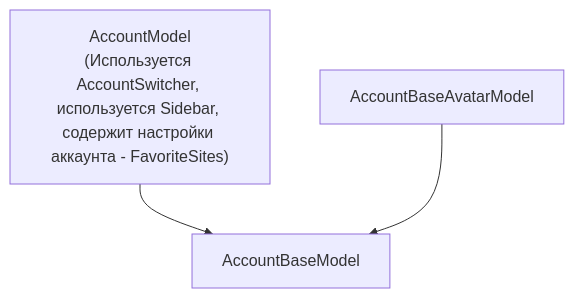
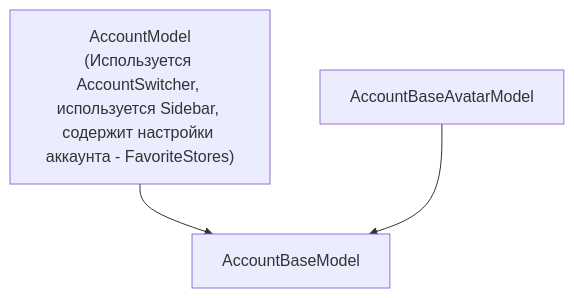
Before and after one commit to ultranetorg/uc: the first of 6 diagrams in Fair/WebUI/README.md, drawn with Mermaid. The commit also changed other lines of this file and 177 other files, not shown here.

````diff
--- a/Fair/WebUI/README.md
+++ b/Fair/WebUI/README.md
@@ -49,7 +49,7 @@
 ```mermaid
 graph TD;
-    AccountModel["AccountModel<br/>(Используется AccountSwitcher, используется Sidebar, содержит настройки аккаунта - FavoriteSites)"]
+    AccountModel["AccountModel<br/>(Используется AccountSwitcher, используется Sidebar, содержит настройки аккаунта - FavoriteStores)"]
 
     AccountModel --> AccountBaseModel
     AccountBaseAvatarModel --> AccountBaseModel
 ```
````
